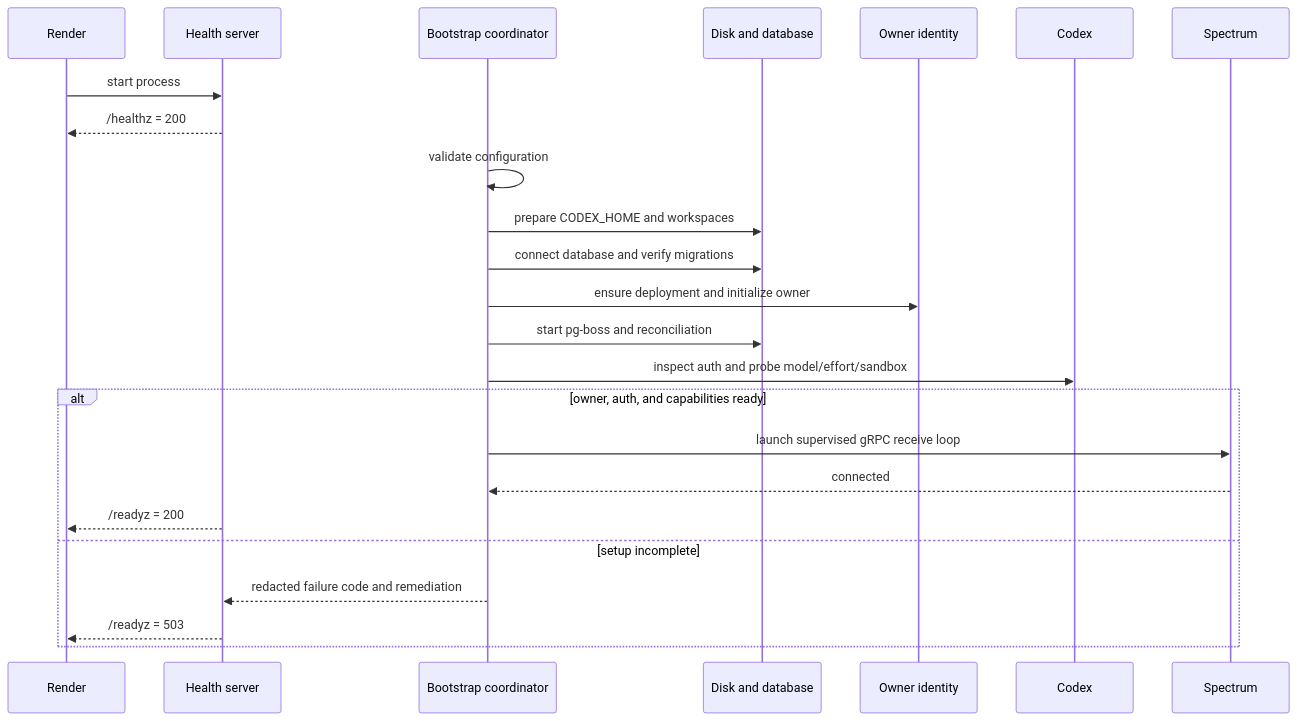
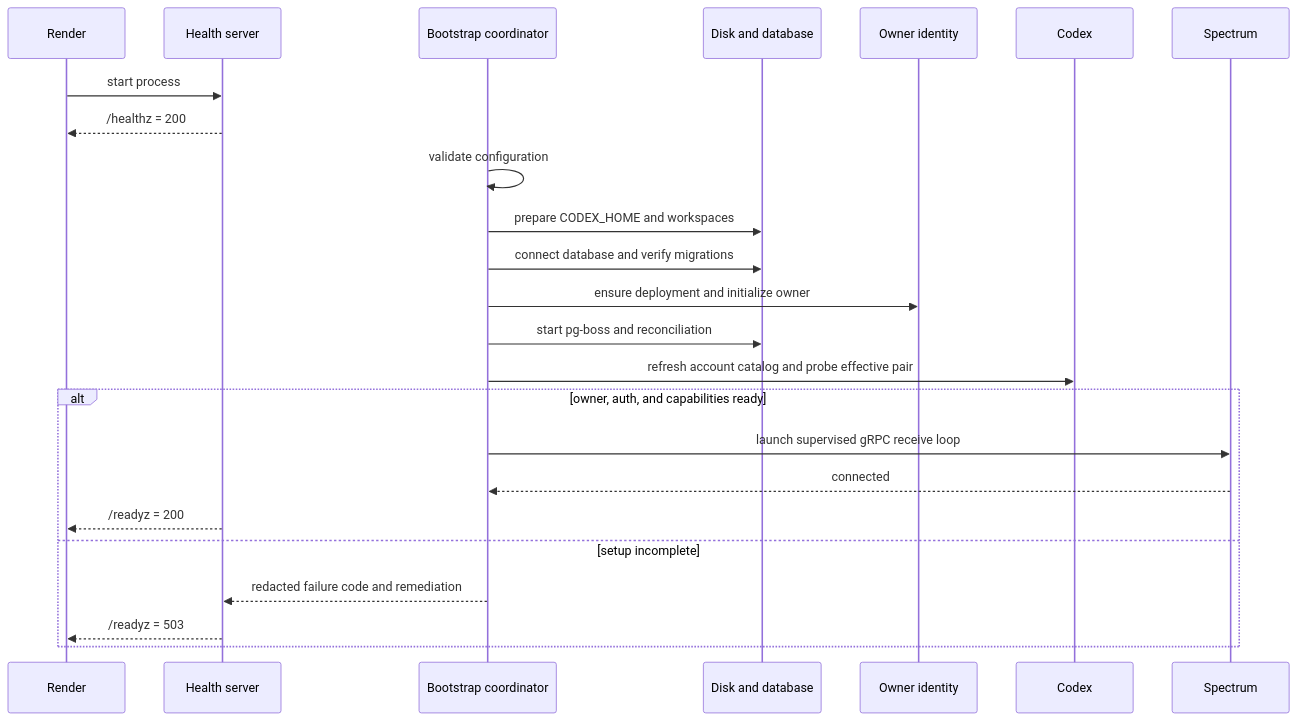
The second of 3 diagrams in docs/ARCHITECTURE.md (tecxbro/iMessage-agent-render), drawn with Mermaid before and after one commit. The commit also changed other lines of this file and 66 other files, not shown here.

Commit message:
feat: add account-aware model settings

````diff
--- a/docs/ARCHITECTURE.md
+++ b/docs/ARCHITECTURE.md
@@ -105,27 +105,27 @@
 ```mermaid
 sequenceDiagram
   participant R as Render
   participant H as Health server
   participant B as Bootstrap coordinator
   participant D as Disk and database
   participant O as Owner identity
   participant C as Codex
   participant S as Spectrum
 
   R->>H: start process
   H-->>R: /healthz = 200
   B->>B: validate configuration
   B->>D: prepare CODEX_HOME and workspaces
   B->>D: connect database and verify migrations
   B->>O: ensure deployment and initialize owner
   B->>D: start pg-boss and reconciliation
-  B->>C: inspect auth and probe model/effort/sandbox
+  B->>C: refresh account catalog and probe effective pair
   alt owner, auth, and capabilities ready
     B->>S: launch supervised gRPC receive loop
     S-->>B: connected
     H-->>R: /readyz = 200
   else setup incomplete
     B-->>H: redacted failure code and remediation
     H-->>R: /readyz = 503
   end
 ```
````
